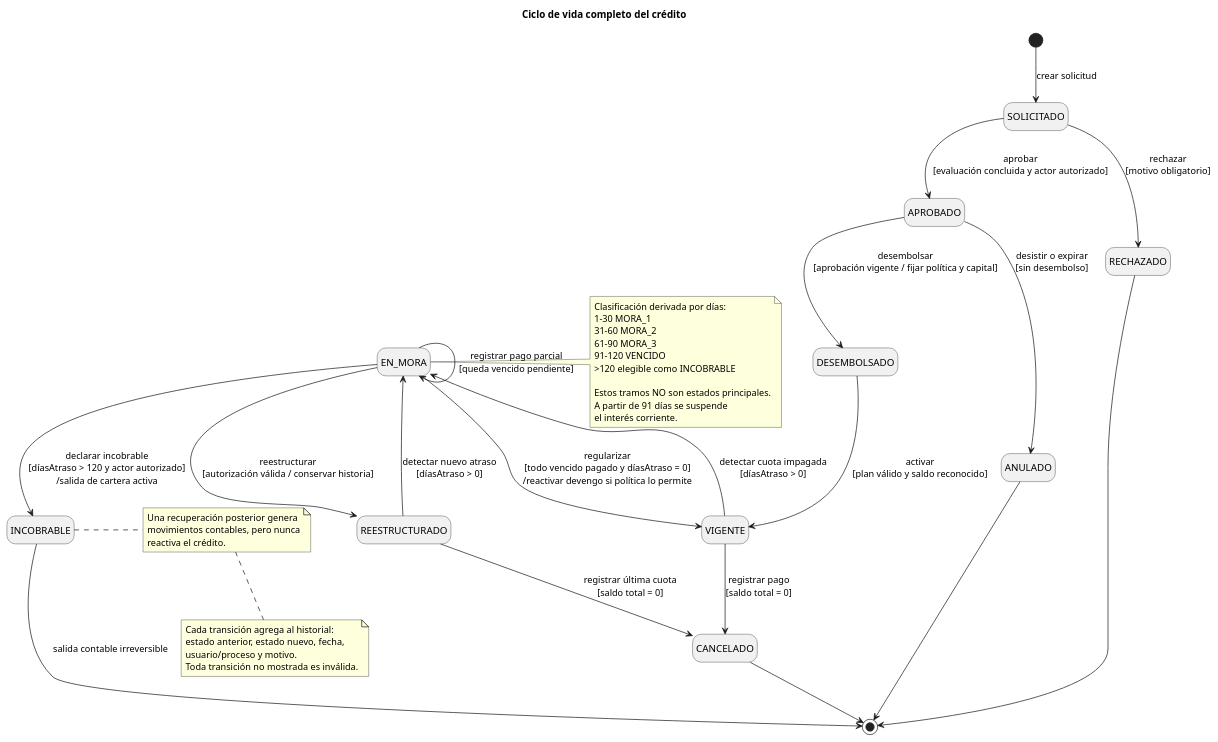
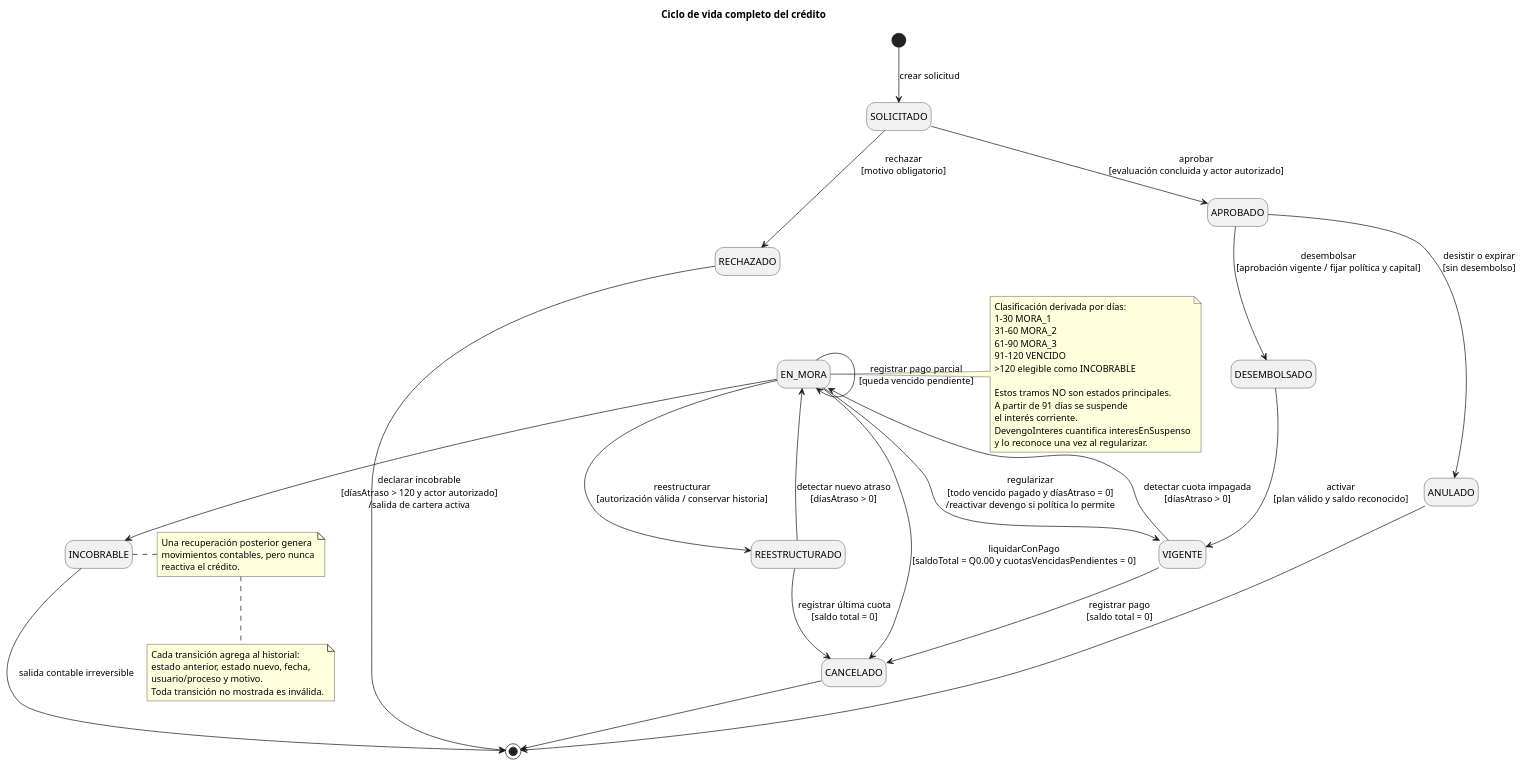
One commit to ItsRomero/Proyecto1_Analisis changed the diagram in docs/diagramas/uml/05-estados-credito.puml. Above: the diagram before and after it, drawn with PlantUML. The commit also changed 9 other files, not shown here.

```diff
--- a/docs/diagramas/uml/05-estados-credito.puml
+++ b/docs/diagramas/uml/05-estados-credito.puml
@@ -1,56 +1,59 @@
 @startuml 05-estados-credito
 title Ciclo de vida completo del crédito
 skinparam shadowing false
 hide empty description
 
 [*] --> SOLICITADO : crear solicitud
 
 SOLICITADO --> APROBADO : aprobar\n[evaluación concluida y actor autorizado]
 SOLICITADO --> RECHAZADO : rechazar\n[motivo obligatorio]
 
 APROBADO --> DESEMBOLSADO : desembolsar\n[aprobación vigente / fijar política y capital]
 APROBADO --> ANULADO : desistir o expirar\n[sin desembolso]
 DESEMBOLSADO --> VIGENTE : activar\n[plan válido y saldo reconocido]
 
 VIGENTE --> EN_MORA : detectar cuota impagada\n[díasAtraso > 0]
 VIGENTE --> CANCELADO : registrar pago\n[saldo total = 0]
 
 EN_MORA --> EN_MORA : registrar pago parcial\n[queda vencido pendiente]
+EN_MORA --> CANCELADO : liquidarConPago\n[saldoTotal = Q0.00 y cuotasVencidasPendientes = 0]
 EN_MORA --> VIGENTE : regularizar\n[todo vencido pagado y díasAtraso = 0]\n/reactivar devengo si política lo permite
 EN_MORA --> REESTRUCTURADO : reestructurar\n[autorización válida / conservar historia]
 EN_MORA --> INCOBRABLE : declarar incobrable\n[díasAtraso > 120 y actor autorizado]\n/salida de cartera activa
 
 REESTRUCTURADO --> EN_MORA : detectar nuevo atraso\n[díasAtraso > 0]
 REESTRUCTURADO --> CANCELADO : registrar última cuota\n[saldo total = 0]
 
 RECHAZADO --> [*]
 ANULADO --> [*]
 CANCELADO --> [*]
 INCOBRABLE --> [*] : salida contable irreversible
 
 note right of EN_MORA
   Clasificación derivada por días:
   1–30 MORA_1
   31–60 MORA_2
   61–90 MORA_3
   91–120 VENCIDO
   >120 elegible como INCOBRABLE
 
   Estos tramos NO son estados principales.
   A partir de 91 días se suspende
   el interés corriente.
+  DevengoInteres cuantifica interesEnSuspenso
+  y lo reconoce una vez al regularizar.
 end note
 
 note right of INCOBRABLE
   Una recuperación posterior genera
   movimientos contables, pero nunca
   reactiva el crédito.
 end note
 
 note bottom
   Cada transición agrega al historial:
   estado anterior, estado nuevo, fecha,
   usuario/proceso y motivo.
   Toda transición no mostrada es inválida.
 end note
 @enduml
```
